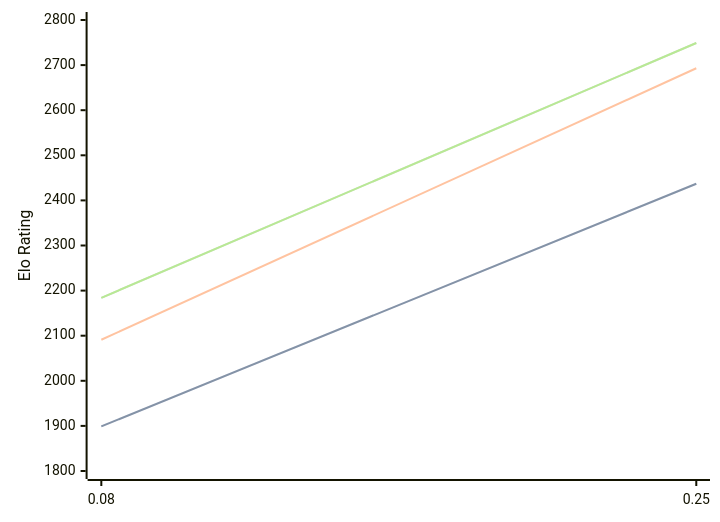
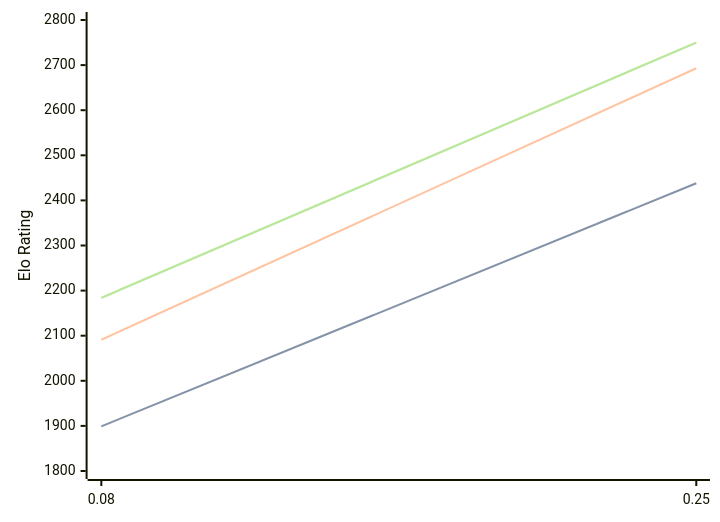
The diagram in engines/Gecko.md (computer-chess-index/cci), drawn with Mermaid before and after one commit. The commit also changed other lines of this file, not shown here.

Commit message:
Update CCI Ratings (ELO VLTC) - 2026-04-12

````diff
--- a/engines/Gecko.md
+++ b/engines/Gecko.md
@@ -32,11 +32,11 @@
 ```mermaid
 %%{init: {"theme":"base","themeVariables":{"seriesColors:['#a3a3a3','#222221','#faa371']}}}%%
 xychart-beta
   x-axis ["0.08", "0.25"]
   y-axis "Elo Rating" 1800 --> 2800
-  line "STC (8.0+0.08s)" [1899, 2437]
-  line "STC (8.0+0.08s)" [1899, 2437]
+  line "STC (8.0+0.08s)" [1899, 2438]
+  line "STC (8.0+0.08s)" [1899, 2438]
   line "LTC (60.0+0.60s)" [2091, 2693]
-  line "VLTC (2m24s+1.12s)" [2184, 2749]
-  line "VLTC (2m24s+1.12s)" [2184, 2749]
+  line "VLTC (2m24s+1.12s)" [2184, 2750]
+  line "VLTC (2m24s+1.12s)" [2184, 2750]
 ```
````
